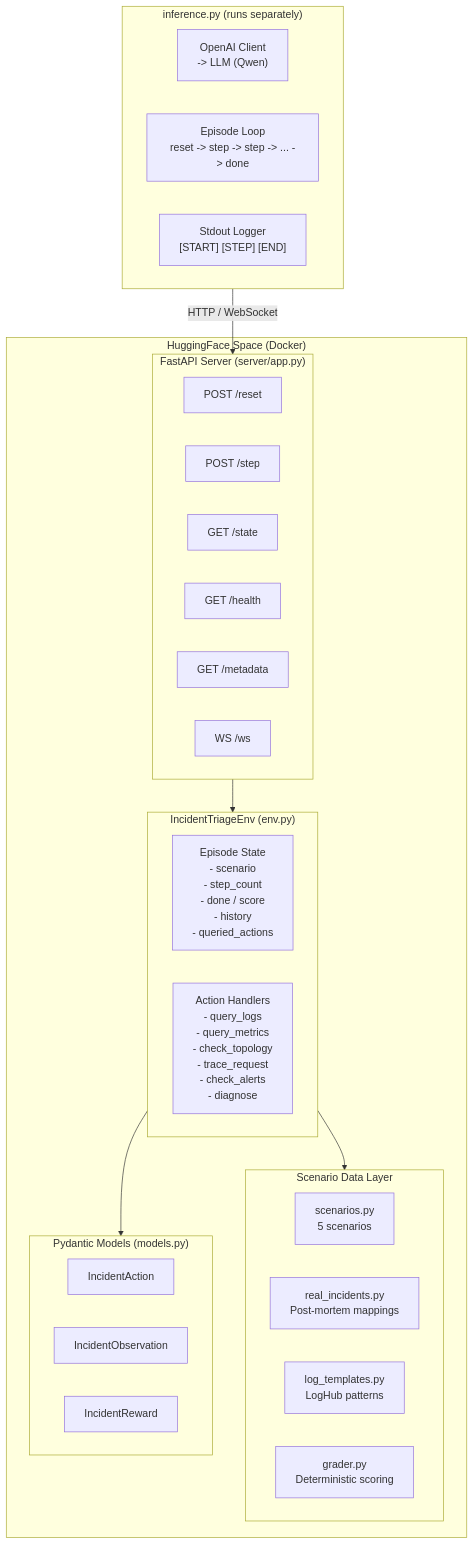
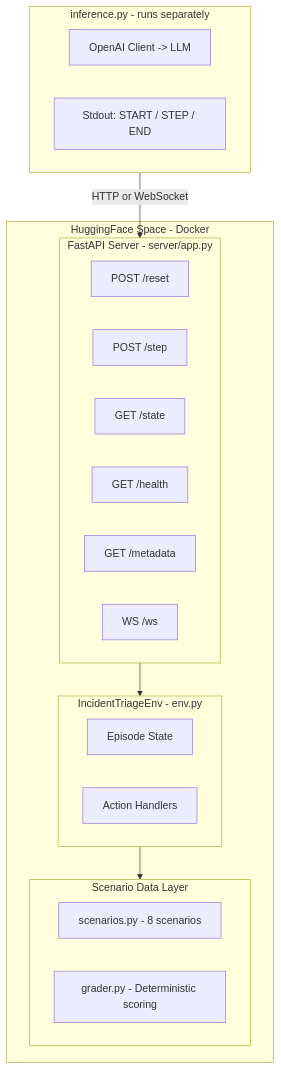
The first of 6 diagrams in docs/ARCHITECTURE.md (wildcraft958/incident_triage_env), drawn with Mermaid before and after one commit. The commit also changed other lines of this file, not shown here.

Commit message:
fix Mermaid diagrams for GitHub rendering compatibility

````diff
--- a/docs/ARCHITECTURE.md
+++ b/docs/ARCHITECTURE.md
@@ -5,43 +5,33 @@
 ```mermaid
 graph TB
-    subgraph HF["HuggingFace Space (Docker)"]
-        subgraph API["FastAPI Server (server/app.py)"]
+    subgraph HF["HuggingFace Space - Docker"]
+        subgraph API["FastAPI Server - server/app.py"]
             R["POST /reset"]
             S["POST /step"]
             ST["GET /state"]
             H["GET /health"]
             M["GET /metadata"]
             WS["WS /ws"]
         end
 
-        subgraph ENV["IncidentTriageEnv (env.py)"]
-            STATE["Episode State\n- scenario\n- step_count\n- done / score\n- history\n- queried_actions"]
-            HANDLERS["Action Handlers\n- query_logs\n- query_metrics\n- check_topology\n- trace_request\n- check_alerts\n- diagnose"]
+        subgraph ENV["IncidentTriageEnv - env.py"]
+            STATE["Episode State"]
+            HANDLERS["Action Handlers"]
         end
 
         subgraph DATA["Scenario Data Layer"]
-            SC["scenarios.py\n5 scenarios"]
-            RI["real_incidents.py\nPost-mortem mappings"]
-            LT["log_templates.py\nLogHub patterns"]
-            GR["grader.py\nDeterministic scoring"]
-        end
-
-        subgraph MODELS["Pydantic Models (models.py)"]
-            IA["IncidentAction"]
-            IO["IncidentObservation"]
-            IR["IncidentReward"]
+            SC["scenarios.py - 8 scenarios"]
+            GR["grader.py - Deterministic scoring"]
         end
 
         API --> ENV
         ENV --> DATA
-        ENV --> MODELS
     end
 
-    subgraph AGENT["inference.py (runs separately)"]
-        LLM["OpenAI Client\n-> LLM (Qwen)"]
-        LOOP["Episode Loop\nreset -> step -> step -> ... -> done"]
-        LOG["Stdout Logger\n[START] [STEP] [END]"]
+    subgraph AGENT["inference.py - runs separately"]
+        LLM["OpenAI Client -> LLM"]
+        LOG["Stdout: START / STEP / END"]
     end
 
-    AGENT -->|"HTTP / WebSocket"| API
+    AGENT -->|"HTTP or WebSocket"| API
 ```
````
